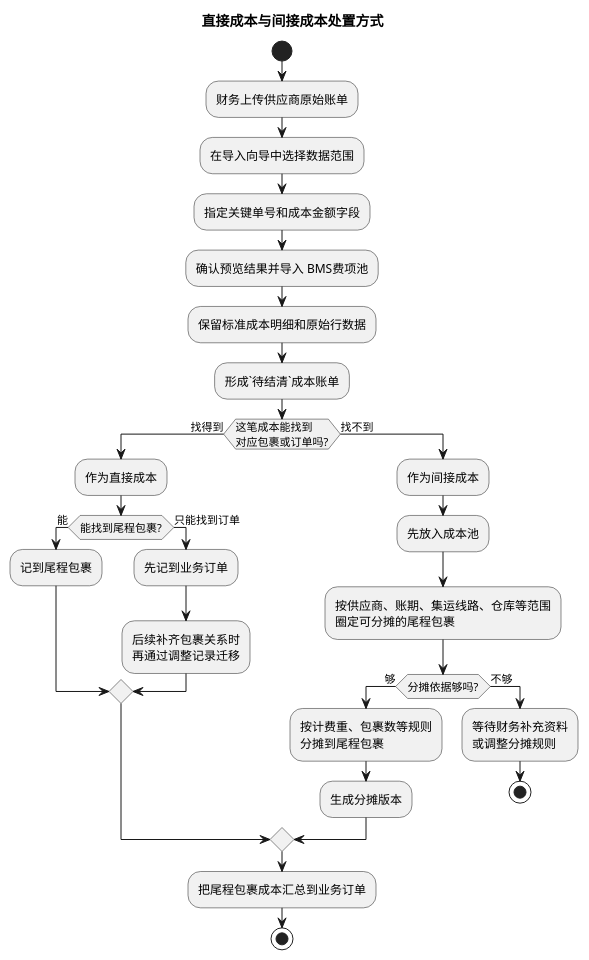
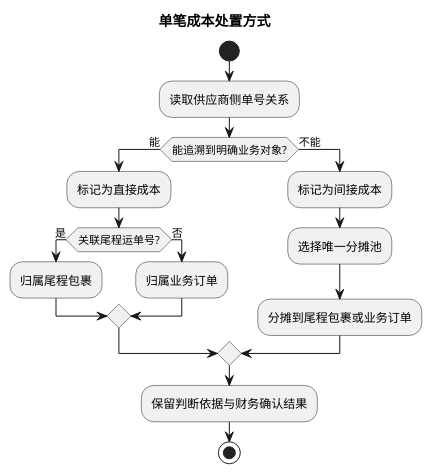
Before and after one commit to jack888332/projects-doc: diagram 14 of 19 in product-caliber/bms/prd/财务系统.PRD.md, drawn with PlantUML. The commit also changed other lines of this file and 1 other file, not shown here.

Commit message:
概念实体关系图增加成本板块

````diff
--- a/product-caliber/bms/prd/财务系统.PRD.md
+++ b/product-caliber/bms/prd/财务系统.PRD.md
@@ -3085,37 +3122,21 @@
 ```plantuml
 @startuml
-title 直接成本与间接成本处置方式
-
+title 单笔成本处置方式
 start
-:财务上传供应商原始账单;
-:在导入向导中选择数据范围;
-:指定关键单号和成本金额字段;
-:确认预览结果并导入 BMS费项池;
-:保留标准成本明细和原始行数据;
-:形成`待结清`成本账单;
-
-if (这笔成本能找到\n对应包裹或订单吗?) then (找得到)
-  :作为直接成本;
-  if (能找到尾程包裹?) then (能)
-    :记到尾程包裹;
-  else (只能找到订单)
-    :先记到业务订单;
-    :后续补齐包裹关系时\n再通过调整记录迁移;
+:读取供应商侧单号关系;
+if (能追溯到明确业务对象?) then (能)
+  :标记为直接成本;
+  if (关联尾程运单号?) then (是)
+    :归属尾程包裹;
+  else (否)
+    :归属业务订单;
   endif
-else (找不到)
-  :作为间接成本;
-  :先放入成本池;
-  :按供应商、账期、集运线路、仓库等范围\n圈定可分摊的尾程包裹;
-  if (分摊依据够吗?) then (够)
-    :按计费重、包裹数等规则\n分摊到尾程包裹;
-    :生成分摊版本;
-  else (不够)
-    :等待财务补充资料\n或调整分摊规则;
-    stop
-  endif
+else (不能)
+  :标记为间接成本;
+  :选择唯一分摊池;
+  :分摊到尾程包裹或业务订单;
 endif
-
-:把尾程包裹成本汇总到业务订单;
+:保留判断依据与财务确认结果;
 stop
 @enduml
 ```
````
